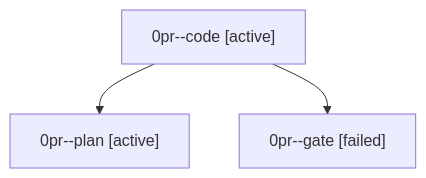
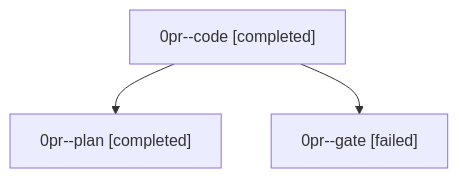
Before and after one commit to sase-org/sase--agents: the diagram in families/bbugyi200.athena.0pr.md, drawn with Mermaid. The commit also changed other lines of this file and 11 other files, not shown here.

````diff
--- a/families/bbugyi200.athena.0pr.md
+++ b/families/bbugyi200.athena.0pr.md
@@ -9,8 +9,8 @@
 ```mermaid
 flowchart TD
-  n0["0pr--code [active]"]
-  n1["0pr--plan [active]"]
+  n0["0pr--code [completed]"]
+  n1["0pr--plan [completed]"]
   n0 --> n1
   n2["0pr--gate [failed]"]
   n0 --> n2
 ```
````
